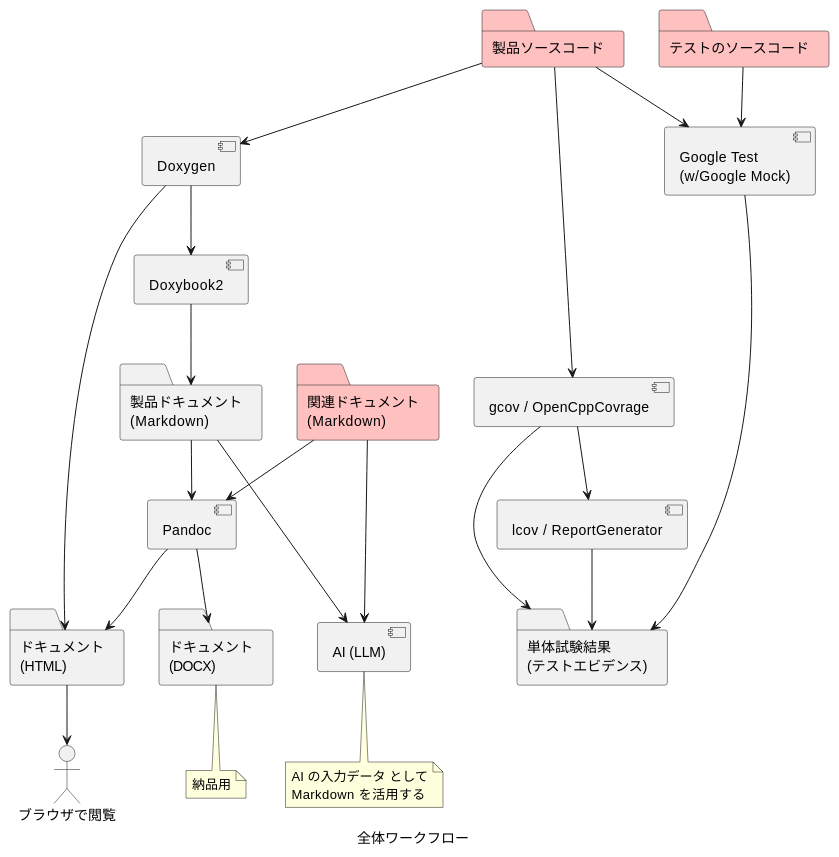
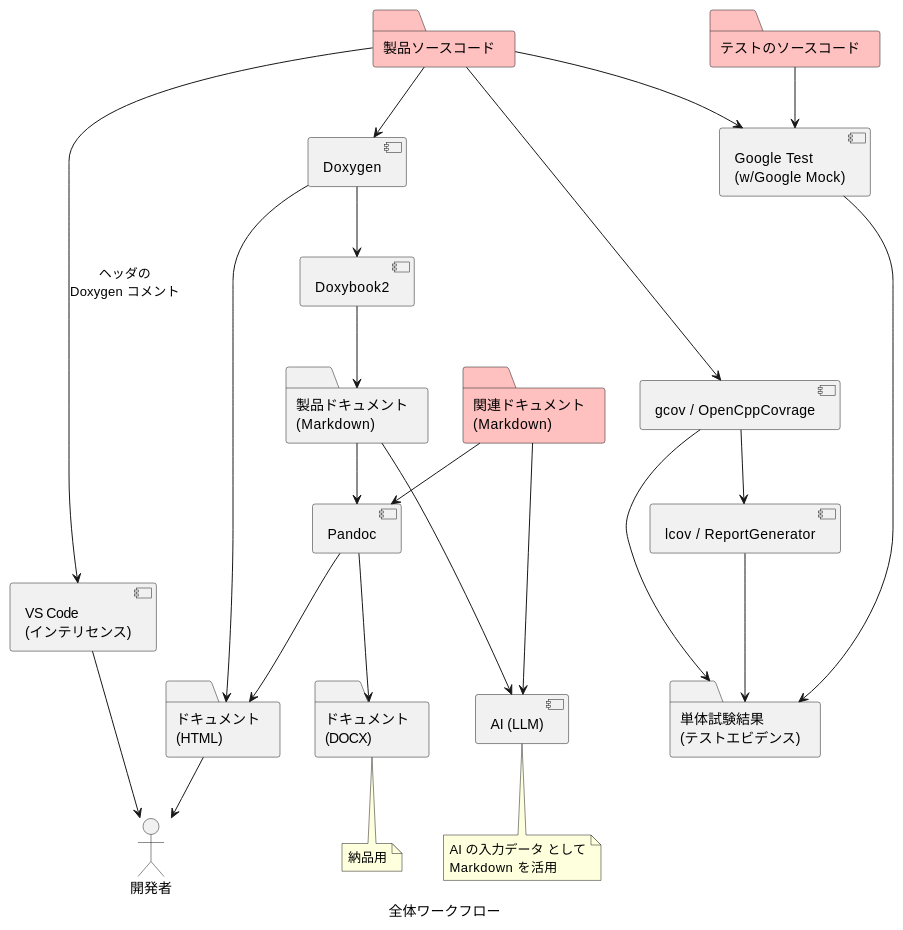
One commit to Hondarer/c-modernization-kit changed the second of 2 diagrams in docs-src/about-modern-development.md. Above: the diagram before and after it, drawn with PlantUML.

Commit message:
図の修正

````diff
--- a/docs-src/about-modern-development.md
+++ b/docs-src/about-modern-development.md
@@ -40,45 +40,48 @@
 ```plantuml
 @startuml 全体ワークフロー
     caption 全体ワークフロー
     folder "製品ソースコード" as src #ffc0c0
     component Doxygen
     component Doxybook2
     folder "製品ドキュメント\n(Markdown)" as src_md
     folder "テストのソースコード" as test_src #ffc0c0
     folder "単体試験結果\n(テストエビデンス)" as test_evi
     component "gcov / OpenCppCovrage" as gcov
     component "lcov / ReportGenerator" as lcov
     component "Google Test\n(w/Google Mock)" as gtest
     folder "関連ドキュメント\n(Markdown)" as docs_md #ffc0c0
     component Pandoc
     folder "ドキュメント\n(HTML)" as html
     folder "ドキュメント\n(DOCX)" as docx
     note bottom
         納品用
     end note
-    actor "ブラウザで閲覧" as developer
+    actor "開発者" as developer
+    component "VS Code\n(インテリセンス)" as vscode
     component "AI (LLM)" as llm
     note bottom
         AI の入力データ として
-        Markdown を活用する
+        Markdown を活用
     end note
     src --> Doxygen
     Doxygen --> Doxybook2
     Doxybook2 --> src_md
     Doxygen --> html
     src --> gtest
     src --> gcov
     gcov --> lcov
     gcov --> test_evi
     lcov --> test_evi
     test_src --> gtest
     gtest -----> test_evi
     docs_md --> Pandoc
     src_md --> Pandoc
     Pandoc --> html
     Pandoc --> docx
     html --> developer
     docs_md --> llm
     src_md ---> llm
+    src -----> vscode : ヘッダの\nDoxygen コメント
+    vscode -> developer
 @enduml
 ```
````
